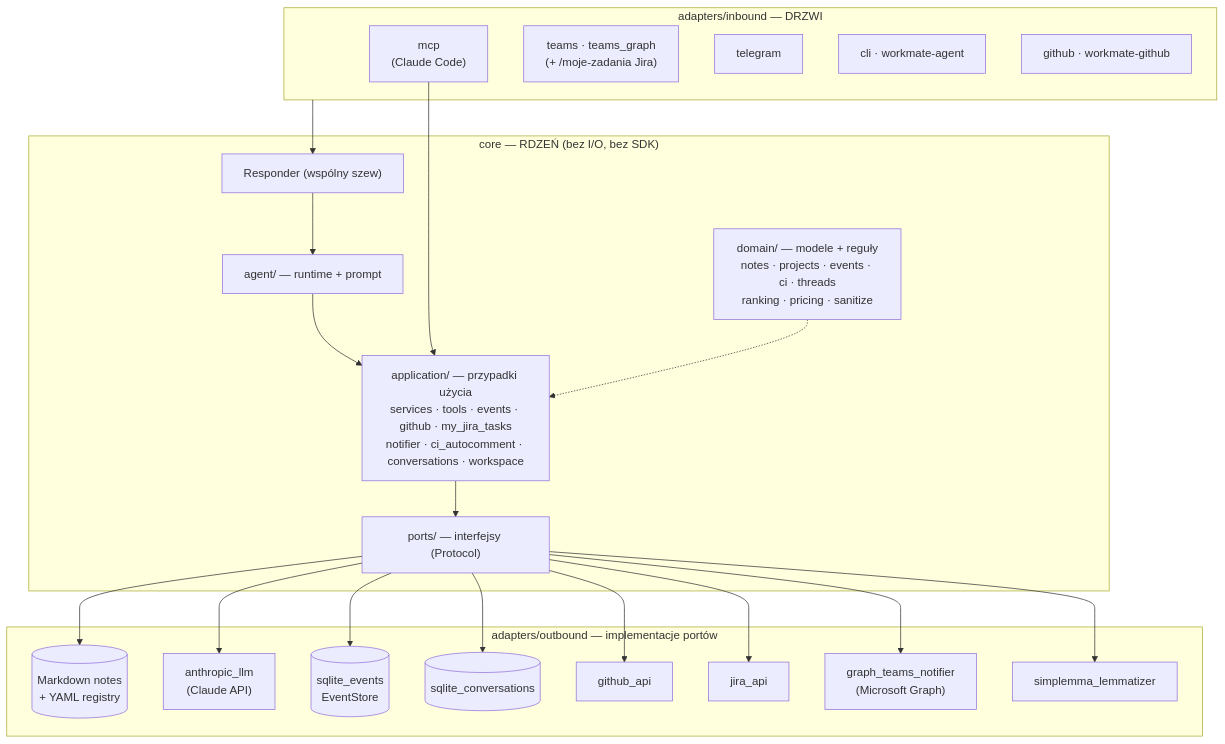
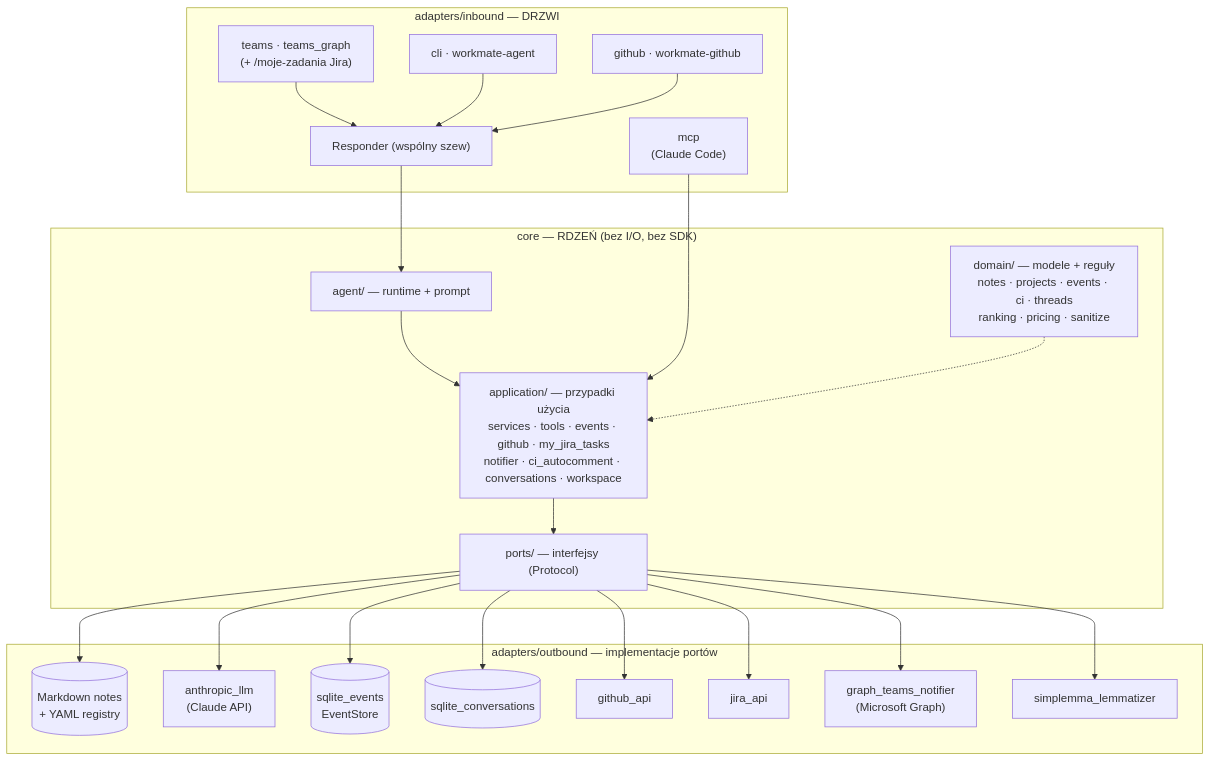
One commit to P0w3r223/sufler changed the diagram in docs/explanation/architecture.md. Above: the diagram before and after it, drawn with Mermaid. The commit also changed other lines of this file and 14 other files, not shown here.

````diff
--- a/docs/explanation/architecture.md
+++ b/docs/explanation/architecture.md
@@ -12,32 +12,34 @@
 ```mermaid
 flowchart TB
     subgraph IN["adapters/inbound — DRZWI"]
         MCP["mcp<br/>(Claude Code)"]
         TG["teams · teams_graph<br/>(+ /moje-zadania Jira)"]
-        TEL["telegram"]
         CLI["cli · workmate-agent"]
         GHD["github · workmate-github"]
+        SEAM["Responder (wspólny szew)"]
     end
     subgraph CORE["core — RDZEŃ (bez I/O, bez SDK)"]
-        SEAM["Responder (wspólny szew)"]
         AGENT["agent/ — runtime + prompt"]
         APP["application/ — przypadki użycia<br/>services · tools · events · github · my_jira_tasks<br/>notifier · ci_autocomment · conversations · workspace"]
         DOM["domain/ — modele + reguły<br/>notes · projects · events · ci · threads<br/>ranking · pricing · sanitize"]
         PORTS["ports/ — interfejsy (Protocol)"]
     end
     subgraph OUT["adapters/outbound — implementacje portów"]
         NOTES[("Markdown notes<br/>+ YAML registry")]
         LLM["anthropic_llm<br/>(Claude API)"]
         ES[("sqlite_events<br/>EventStore")]
         CONV[("sqlite_conversations")]
         GHAPI["github_api"]
         JIRAAPI["jira_api"]
         GRAPH["graph_teams_notifier<br/>(Microsoft Graph)"]
         LEM["simplemma_lemmatizer"]
     end
-    IN --> SEAM --> AGENT --> APP
+    TG --> SEAM
+    CLI --> SEAM
+    GHD --> SEAM
+    SEAM --> AGENT --> APP
     MCP --> APP
     APP --> PORTS
     DOM -.-> APP
     PORTS --> NOTES & LLM & ES & CONV & GHAPI & JIRAAPI & GRAPH & LEM
 ```
````
